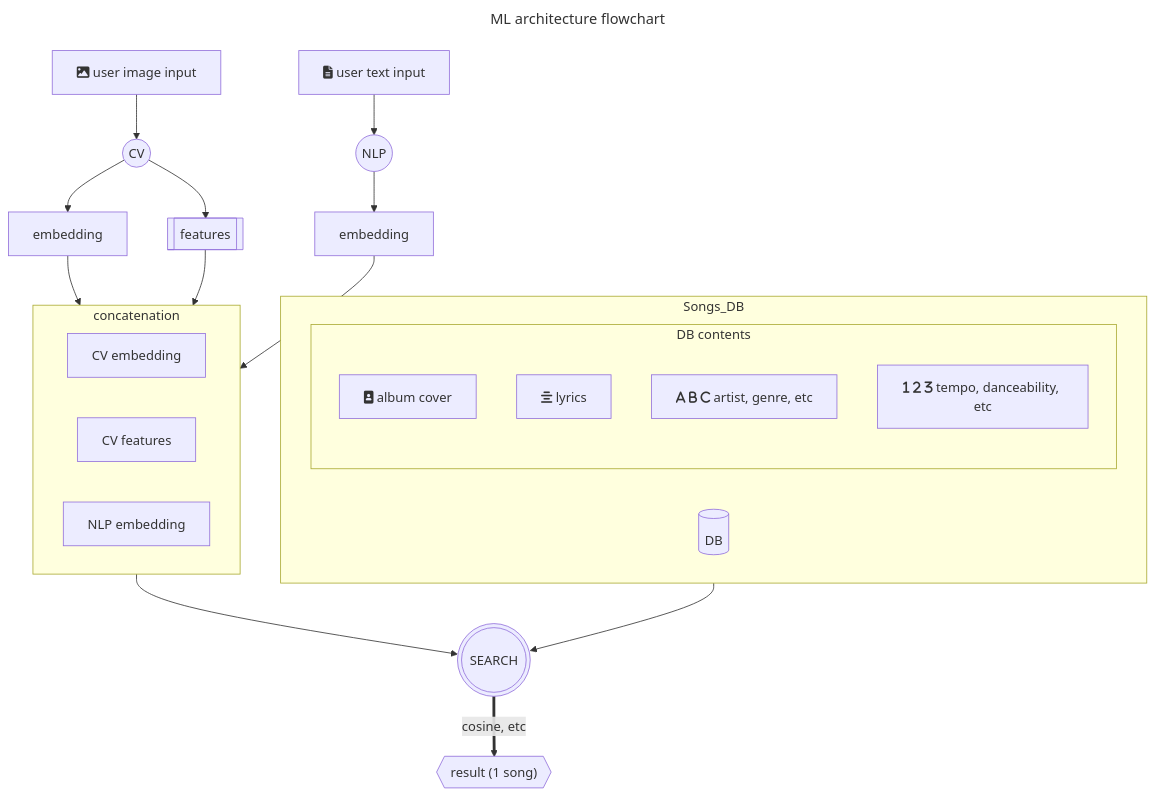
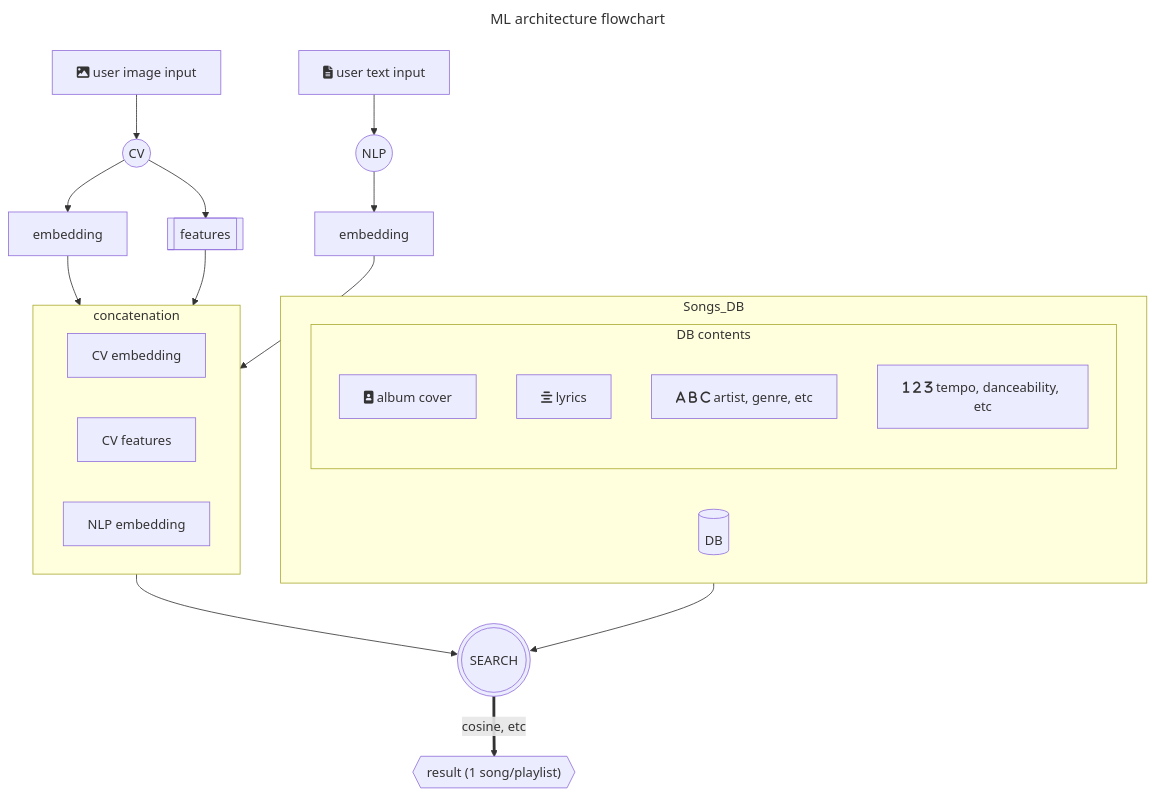
The diagram in ML_System_Design_Doc.md (MulhamShaheen/AI-DJ), drawn with Mermaid before and after one commit. The commit also changed other lines of this file, not shown here.

````diff
--- a/ML_System_Design_Doc.md
+++ b/ML_System_Design_Doc.md
@@ -133,42 +181,42 @@
 ```mermaid
 ---
 title: ML architecture flowchart 
 ---
 flowchart TD
     user_pic[fa:fa-image user image input]
     user_text[fa:fa-file-lines user text input]
     cv((CV))
     nlp((NLP))
     text_embedding[embedding]
     picture_embedding[embedding]
     picture_features[[features]]
     subgraph concatenation
         concatenated_picture_embedding[CV embedding]
         concatenated_picture_features[CV features]
         concatenated_nlp_embedding[NLP embedding]
     end
     user_pic --> cv
     user_text --> nlp
     cv --> picture_embedding & picture_features
     nlp --> text_embedding
     picture_embedding & picture_features & text_embedding --> concatenation
 
     subgraph Songs_DB
         direction RL
         songs_db[(DB)]
         subgraph DB contents
             album_cover[fa:fa-portrait album cover]
             lyrics[fa:fa-align-center lyrics]
             artist[fa:fa-a fa:fa-b fa:fa-c artist, genre, etc]
             featuresartist[fa:fa-1 fa:fa-2 fa:fa-3 tempo, danceability, etc]
         end
     end
 
     search(((SEARCH)))
 
     concatenation & Songs_DB --> search
 
-    result{{"result (1 song)"}}
+    result{{"result (1 song/playlist)"}}
 
     search ==cosine, etc==> result
 ```
````
